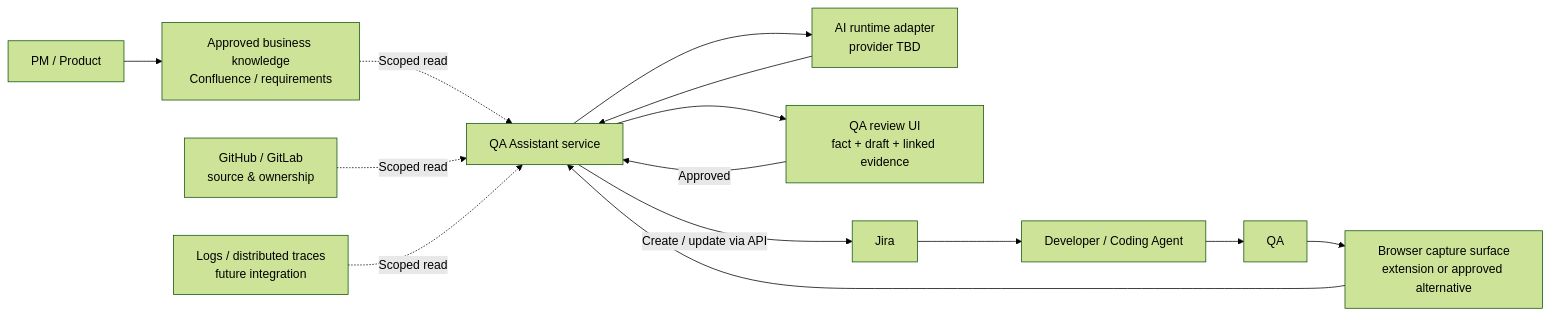
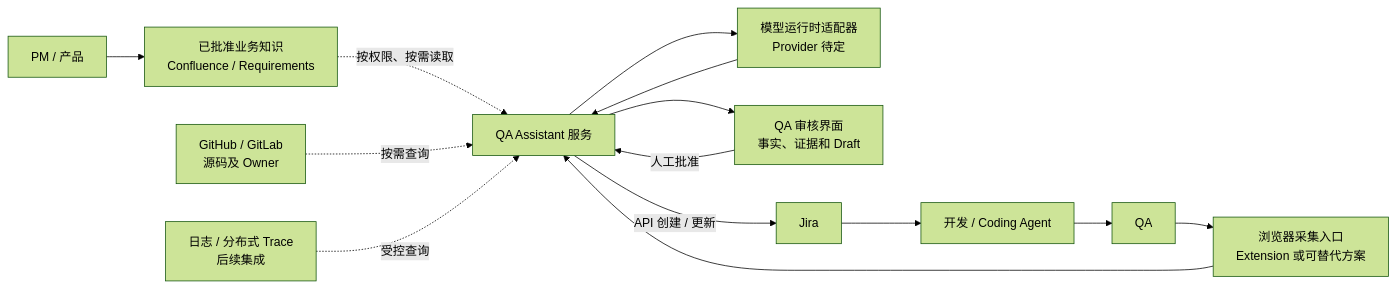
One commit to TaurusWood/agent-workflow-hub changed the first of 2 diagrams in docs/architecture/system-overview.md. Above: the diagram before and after it, drawn with Mermaid (forest theme). The commit also changed other lines of this file and 21 other files, not shown here.

Commit message:
docs(zh-CN): localize architecture, workflows, decisions and schema examples

```diff
--- a/docs/architecture/system-overview.md
+++ b/docs/architecture/system-overview.md
@@ -7,16 +7,16 @@
 ~~~mermaid
 flowchart LR
-  PM["PM / Product"] --> DOCS["Approved business knowledge\nConfluence / requirements"]
-  QA["QA"] --> CAPTURE["Browser capture surface\nextension or approved alternative"]
-  CAPTURE --> SVC["QA Assistant service"]
-  DOCS -. "Scoped read" .-> SVC
-  REPO["GitHub / GitLab\nsource & ownership"] -. "Scoped read" .-> SVC
-  LOGS["Logs / distributed traces\nfuture integration"] -. "Scoped read" .-> SVC
-  SVC --> MODEL["AI runtime adapter\nprovider TBD"]
+  PM["PM / 产品"] --> DOCS["已批准业务知识\nConfluence / Requirements"]
+  QA["QA"] --> CAPTURE["浏览器采集入口\nExtension 或可替代方案"]
+  CAPTURE --> SVC["QA Assistant 服务"]
+  DOCS -. "按权限、按需读取" .-> SVC
+  REPO["GitHub / GitLab\n源码及 Owner"] -. "按需查询" .-> SVC
+  LOGS["日志 / 分布式 Trace\n后续集成"] -. "受控查询" .-> SVC
+  SVC --> MODEL["模型运行时适配器\nProvider 待定"]
   MODEL --> SVC
-  SVC --> REVIEW["QA review UI\nfact + draft + linked evidence"]
-  REVIEW -->|"Approved"| SVC
-  SVC -->|"Create / update via API"| JIRA["Jira"]
-  JIRA --> DEV["Developer / Coding Agent"]
+  SVC --> REVIEW["QA 审核界面\n事实、证据和 Draft"]
+  REVIEW -->|"人工批准"| SVC
+  SVC -->|"API 创建 / 更新"| JIRA["Jira"]
+  JIRA --> DEV["开发 / Coding Agent"]
   DEV --> QA
 ~~~
```
